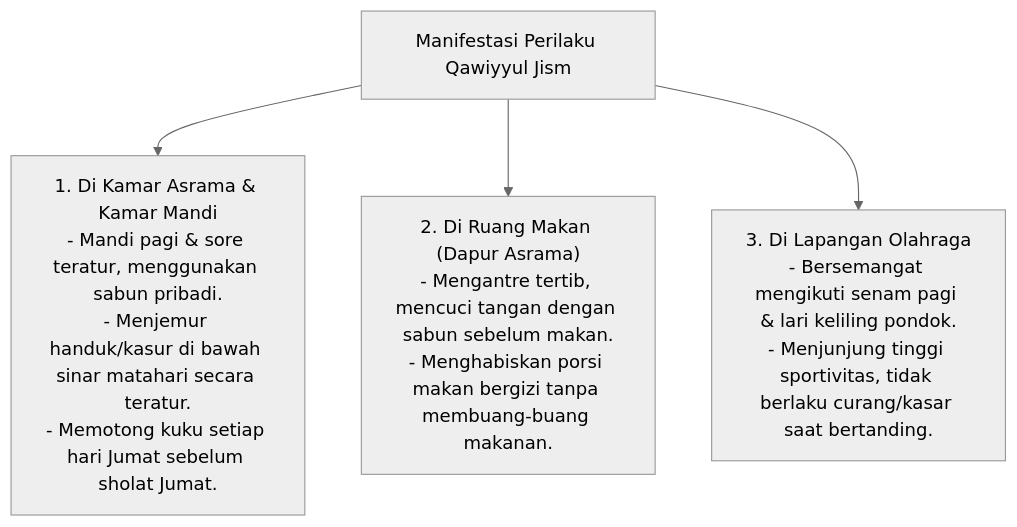
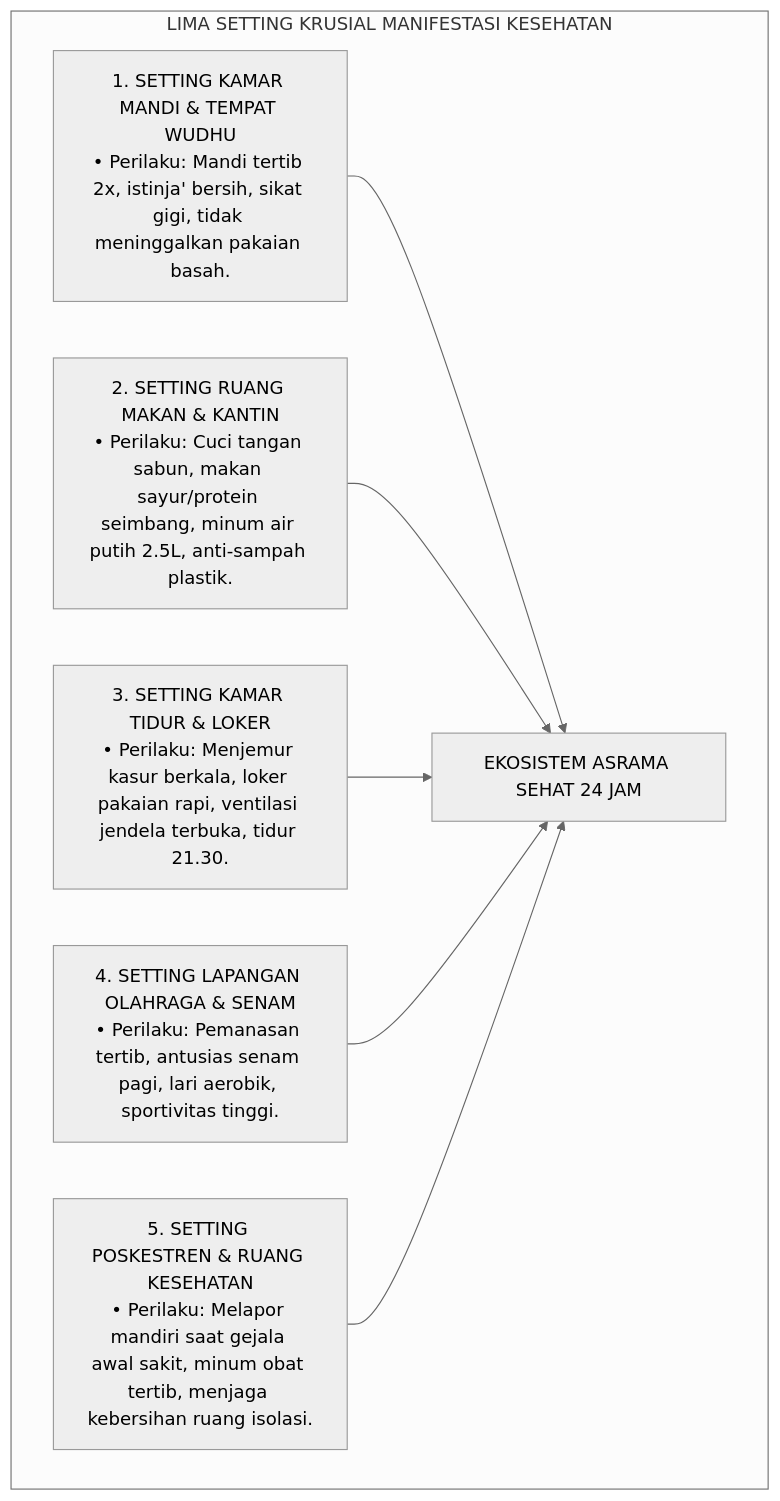
The fourth of 6 diagrams in 03 Capacity Framework/07 Qawiyyul Jism/P3-07-06-Manifestasi-Perilaku-Santri.md (wandiapriliyandi/tumbuh), drawn with Mermaid (neutral theme) before and after one commit. The commit also changed other lines of this file and 14 other files, not shown here.

Commit message:
docs(03-capacity): complete 15 research monographs for 07 Qawiyyul Jism

````diff
--- a/03 Capacity Framework/07 Qawiyyul Jism/P3-07-06-Manifestasi-Perilaku-Santri.md
+++ b/03 Capacity Framework/07 Qawiyyul Jism/P3-07-06-Manifestasi-Perilaku-Santri.md
@@ -10,10 +118,16 @@
 ```mermaid
-graph TD
-    Perilaku["Manifestasi Perilaku Qawiyyul Jism"]
-    
-    Perilaku --> B1["1. Di Kamar Asrama & Kamar Mandi<br/>- Mandi pagi & sore teratur, menggunakan sabun pribadi.<br/>- Menjemur handuk/kasur di bawah sinar matahari secara teratur.<br/>- Memotong kuku setiap hari Jumat sebelum sholat Jumat."]
-    
-    Perilaku --> B2["2. Di Ruang Makan (Dapur Asrama)<br/>- Mengantre tertib, mencuci tangan dengan sabun sebelum makan.<br/>- Menghabiskan porsi makan bergizi tanpa membuang-buang makanan."]
-    
-    Perilaku --> B3["3. Di Lapangan Olahraga<br/>- Bersemangat mengikuti senam pagi & lari keliling pondok.<br/>- Menjunjung tinggi sportivitas, tidak berlaku curang/kasar saat bertanding."]
+flowchart TD
+    subgraph LimaSettingJasmani["LIMA SETTING KRUSIAL MANIFESTASI KESEHATAN"]
+        S1["1. SETTING KAMAR MANDI & TEMPAT WUDHU<br/>• Perilaku: Mandi tertib 2x, istinja' bersih, sikat gigi, tidak meninggalkan pakaian basah."]
+        
+        S2["2. SETTING RUANG MAKAN & KANTIN<br/>• Perilaku: Cuci tangan sabun, makan sayur/protein seimbang, minum air putih 2.5L, anti-sampah plastik."]
+        
+        S3["3. SETTING KAMAR TIDUR & LOKER<br/>• Perilaku: Menjemur kasur berkala, loker pakaian rapi, ventilasi jendela terbuka, tidur 21.30."]
+        
+        S4["4. SETTING LAPANGAN OLAHRAGA & SENAM<br/>• Perilaku: Pemanasan tertib, antusias senam pagi, lari aerobik, sportivitas tinggi."]
+        
+        S5["5. SETTING POSKESTREN & RUANG KESEHATAN<br/>• Perilaku: Melapor mandiri saat gejala awal sakit, minum obat tertib, menjaga kebersihan ruang isolasi."]
+        
+        S1 & S2 & S3 & S4 & S5 --> Terpadu["EKOSISTEM ASRAMA SEHAT 24 JAM"]
+    end
 ```
````
